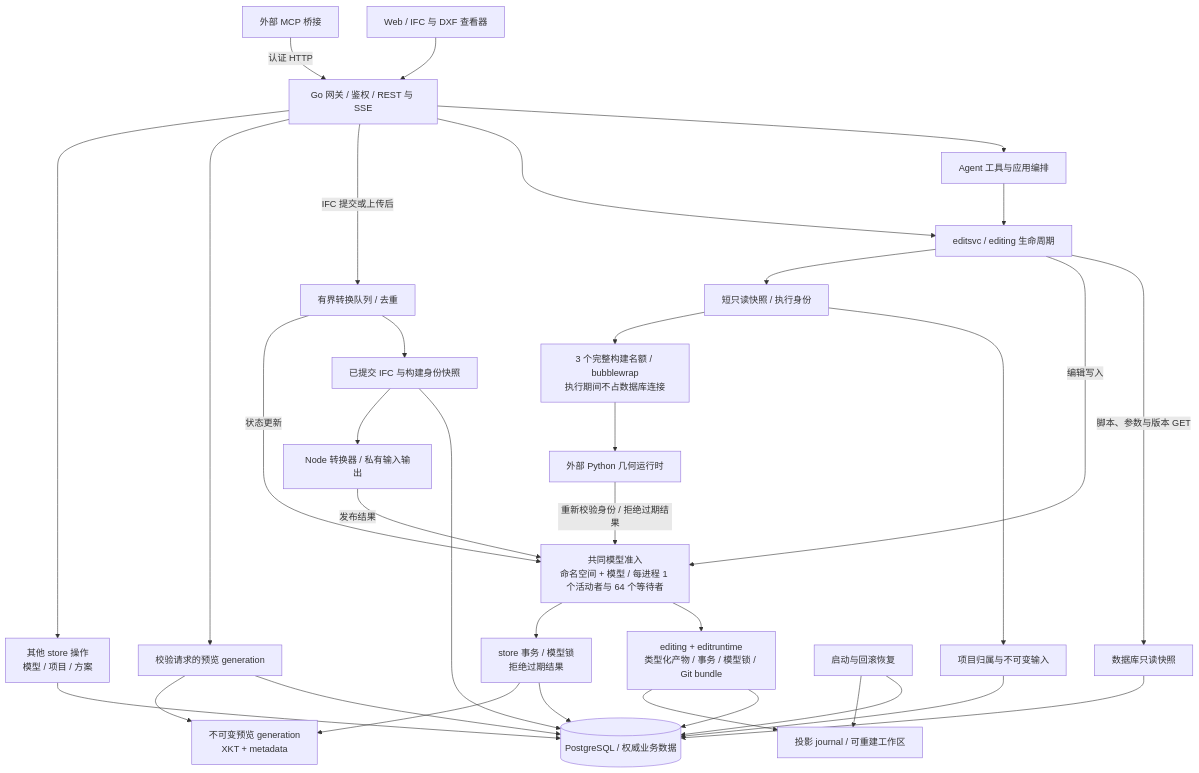
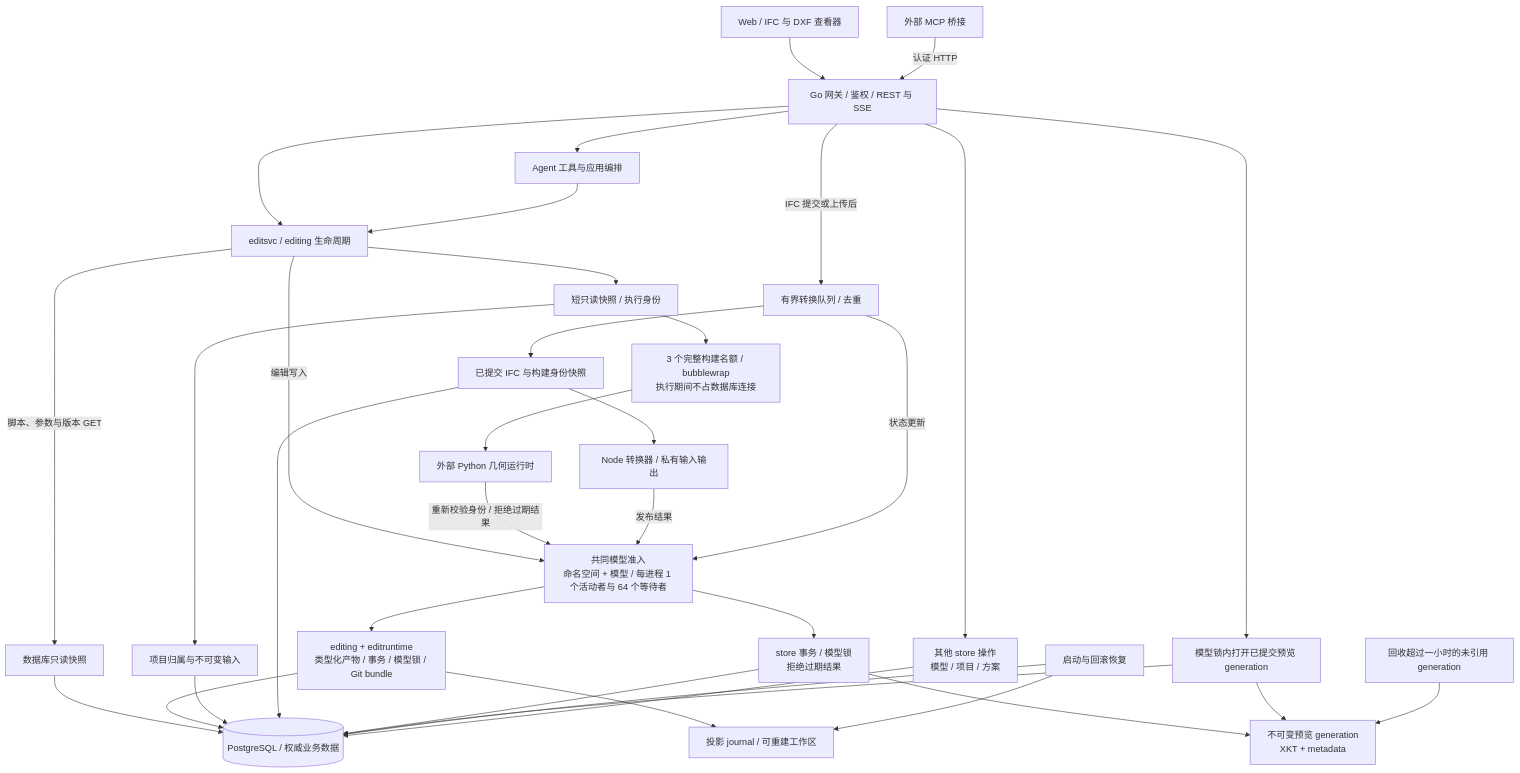
One commit to 0702hjj/SourceAEC changed the first of 2 diagrams in README.zh-CN.md. Above: the diagram before and after it, drawn with Mermaid. The commit also changed other lines of this file and 22 other files, not shown here.

````diff
--- a/README.zh-CN.md
+++ b/README.zh-CN.md
@@ -16,36 +16,37 @@
 ```mermaid
 flowchart TB
     WEB[Web / IFC 与 DXF 查看器] --> API[Go 网关 / 鉴权 / REST 与 SSE]
     MCP[外部 MCP 桥接] -->|认证 HTTP| API
     API --> AGENT[Agent 工具与应用编排]
     API --> EDIT[editsvc / editing 生命周期]
     AGENT --> EDIT
     EDIT -->|脚本、参数与版本 GET| READ[数据库只读快照]
     READ --> PG[(PostgreSQL / 权威业务数据)]
     EDIT -->|编辑写入| GATE[共同模型准入<br/>命名空间 + 模型 / 每进程 1 个活动者与 64 个等待者]
     GATE --> WRITE[editing + editruntime<br/>类型化产物 / 事务 / 模型锁 / Git bundle]
     WRITE --> PG
     EDIT --> PREP[短只读快照 / 执行身份]
     PREP --> INPUT[项目归属与不可变输入]
     INPUT --> PG
     PREP --> SANDBOX[3 个完整构建名额 / bubblewrap<br/>执行期间不占数据库连接]
     SANDBOX --> PY[外部 Python 几何运行时]
     PY -->|重新校验身份 / 拒绝过期结果| GATE
     WRITE --> JOURNAL[投影 journal / 可重建工作区]
     API -->|IFC 提交或上传后| QUEUE[有界转换队列 / 去重]
     QUEUE --> SOURCE[已提交 IFC 与构建身份快照]
     SOURCE --> PG
     SOURCE --> NODE[Node 转换器 / 私有输入输出]
     NODE -->|发布结果| GATE
     QUEUE -->|状态更新| GATE
     GATE --> DERIVED[store 事务 / 模型锁<br/>拒绝过期结果]
     DERIVED --> PG
     DERIVED --> CACHE[不可变预览 generation<br/>XKT + metadata]
-    API --> VIEW[校验请求的预览 generation]
+    API --> VIEW[模型锁内打开已提交预览 generation]
     VIEW --> PG
     VIEW --> CACHE
+    GC[回收超过一小时的未引用 generation] --> CACHE
     RECOVER[启动与回滚恢复] --> PG
     RECOVER --> JOURNAL
     API --> OTHER[其他 store 操作<br/>模型 / 项目 / 方案]
     OTHER --> PG
 ```
````
